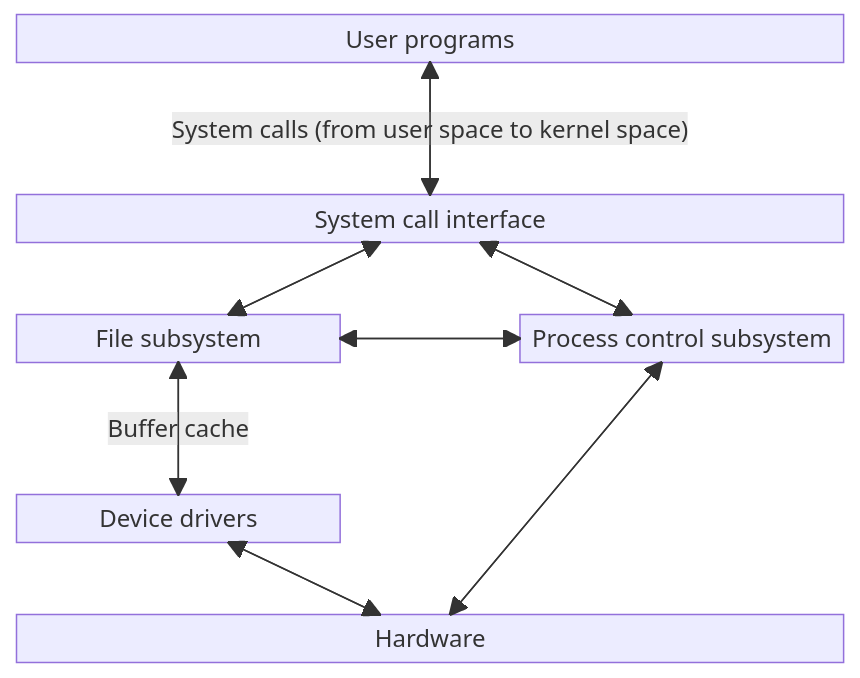
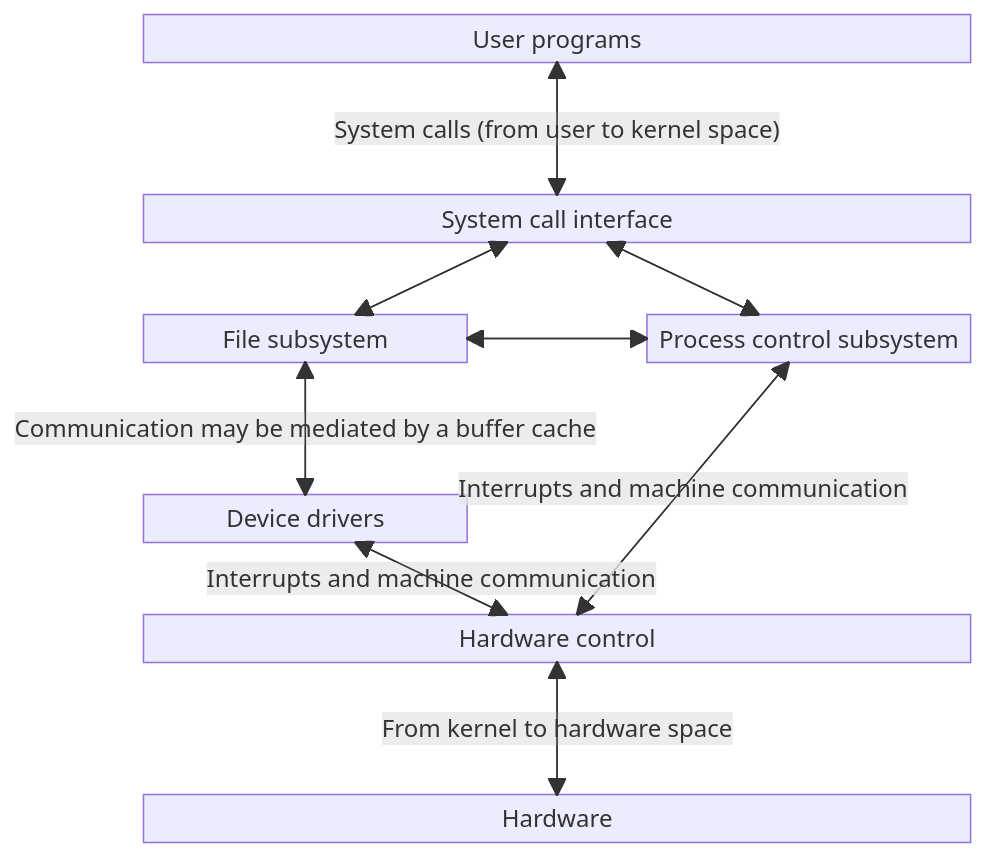
One commit to fglmtt/admin changed the third of 5 diagrams in lectures/6-booting-and-system-management-daemons.md. Above: the diagram before and after it, drawn with Mermaid.

Commit message:
lecture 6: update diagram in §1.3

````diff
--- a/lectures/6-booting-and-system-management-daemons.md
+++ b/lectures/6-booting-and-system-management-daemons.md
@@ -217,33 +217,38 @@
 ```mermaid
 block-beta
 	columns 5
 	u["User programs"]:5
 	space:5
 	space:5
     s["System call interface"]:5
     space:5
     f["File subsystem"]:2
     space:1
     p["Process control subsystem"]:2
     space:5
     space:5
     d["Device drivers"]:2
     space:3
     space:5
+	h["Hardware control"]:5
+	space:5
+	space:5
 	Hardware:5
 	
-    u -- "System calls (from user space to kernel space)" --> s
+    u -- "System calls (from user to kernel space)" --> s
     s --> u
     s --> f
     f --> s
     s --> p
     p --> s
     p --> f
     f --> p
-    f -- "Buffer cache" --> d
+    f -- "Communication may be mediated by a buffer cache" --> d
     d --> f
-    p --> Hardware
-    Hardware --> p
-    d --> Hardware
-    Hardware --> d
+    p -- "Interrupts and machine communication" --> h
+    h --> p
+    d -- "Interrupts and machine communication" --> h
+    h --> d
+    h -- "From kernel to hardware space" --> Hardware
+    Hardware --> h
 ```
````
